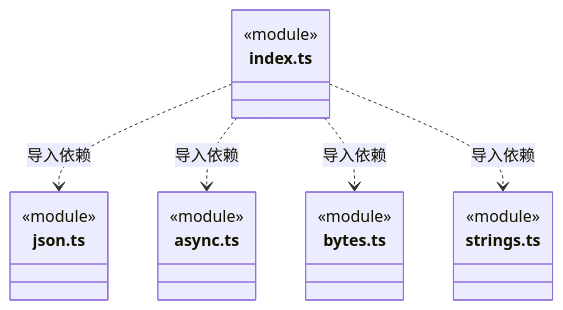
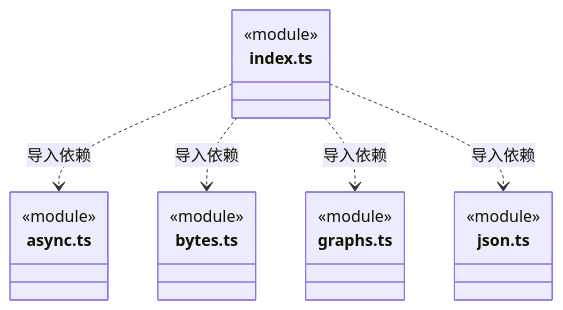
The seventh of 8 diagrams in src/core/utility/ARCHITECTURE.md (nan023062/cbim), drawn with Mermaid before and after one commit. The commit also changed other lines of this file and 112 other files, not shown here.

Commit message:
docs: align source architecture with current declarations and contracts

````diff
--- a/src/core/utility/ARCHITECTURE.md
+++ b/src/core/utility/ARCHITECTURE.md
@@ -336,22 +338,22 @@
 ```mermaid
 classDiagram
 class N_src_core_utility_index_ts["index.ts"] {
-  <<module>>
-}
-class N_src_core_utility_json_ts["json.ts"] {
   <<module>>
 }
 class N_src_core_utility_async_ts["async.ts"] {
   <<module>>
 }
 class N_src_core_utility_bytes_ts["bytes.ts"] {
   <<module>>
 }
-class N_src_core_utility_strings_ts["strings.ts"] {
+class N_src_core_utility_graphs_ts["graphs.ts"] {
   <<module>>
 }
-N_src_core_utility_index_ts ..> N_src_core_utility_json_ts : 导入依赖
+class N_src_core_utility_json_ts["json.ts"] {
+  <<module>>
+}
 N_src_core_utility_index_ts ..> N_src_core_utility_async_ts : 导入依赖
 N_src_core_utility_index_ts ..> N_src_core_utility_bytes_ts : 导入依赖
-N_src_core_utility_index_ts ..> N_src_core_utility_strings_ts : 导入依赖
+N_src_core_utility_index_ts ..> N_src_core_utility_graphs_ts : 导入依赖
+N_src_core_utility_index_ts ..> N_src_core_utility_json_ts : 导入依赖
 ```
````
